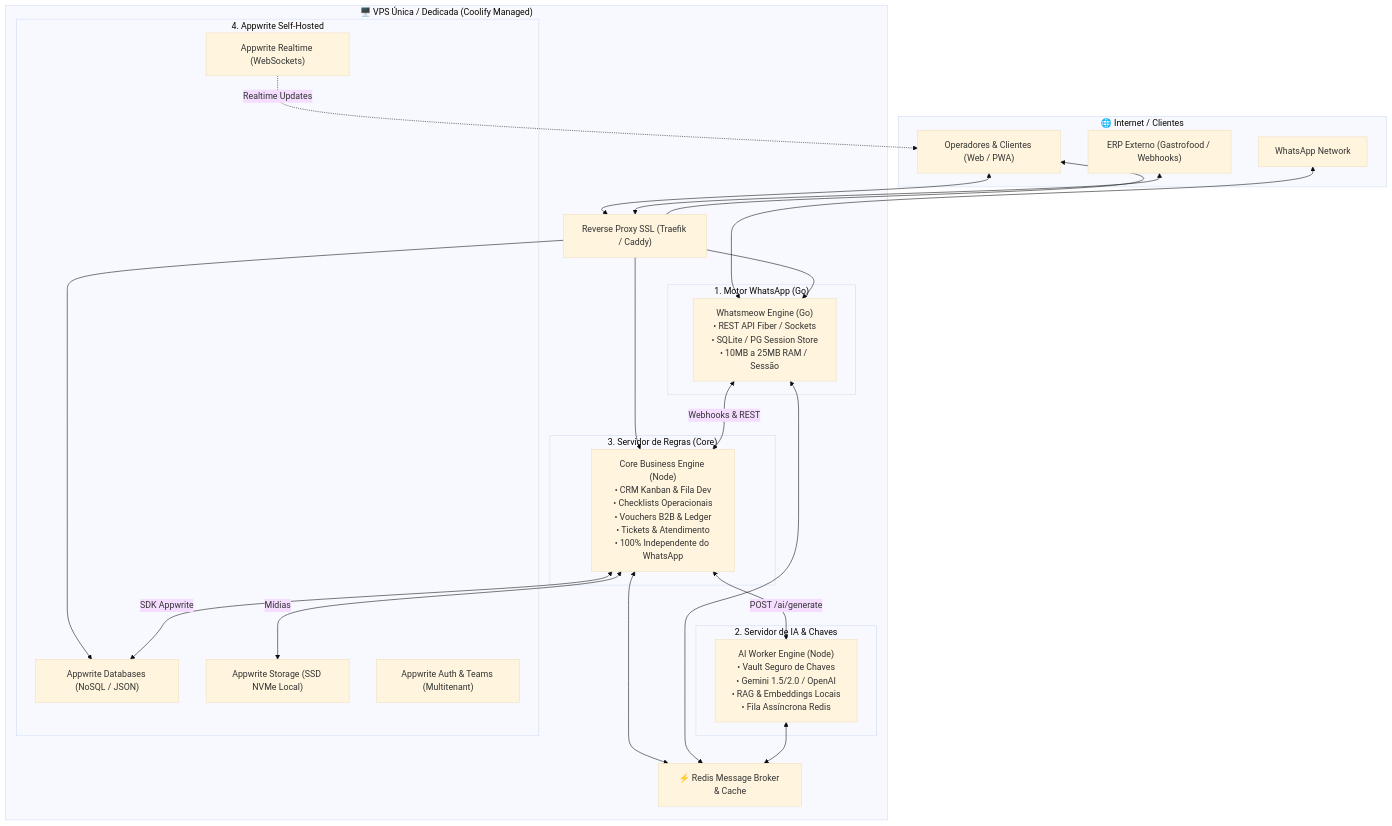
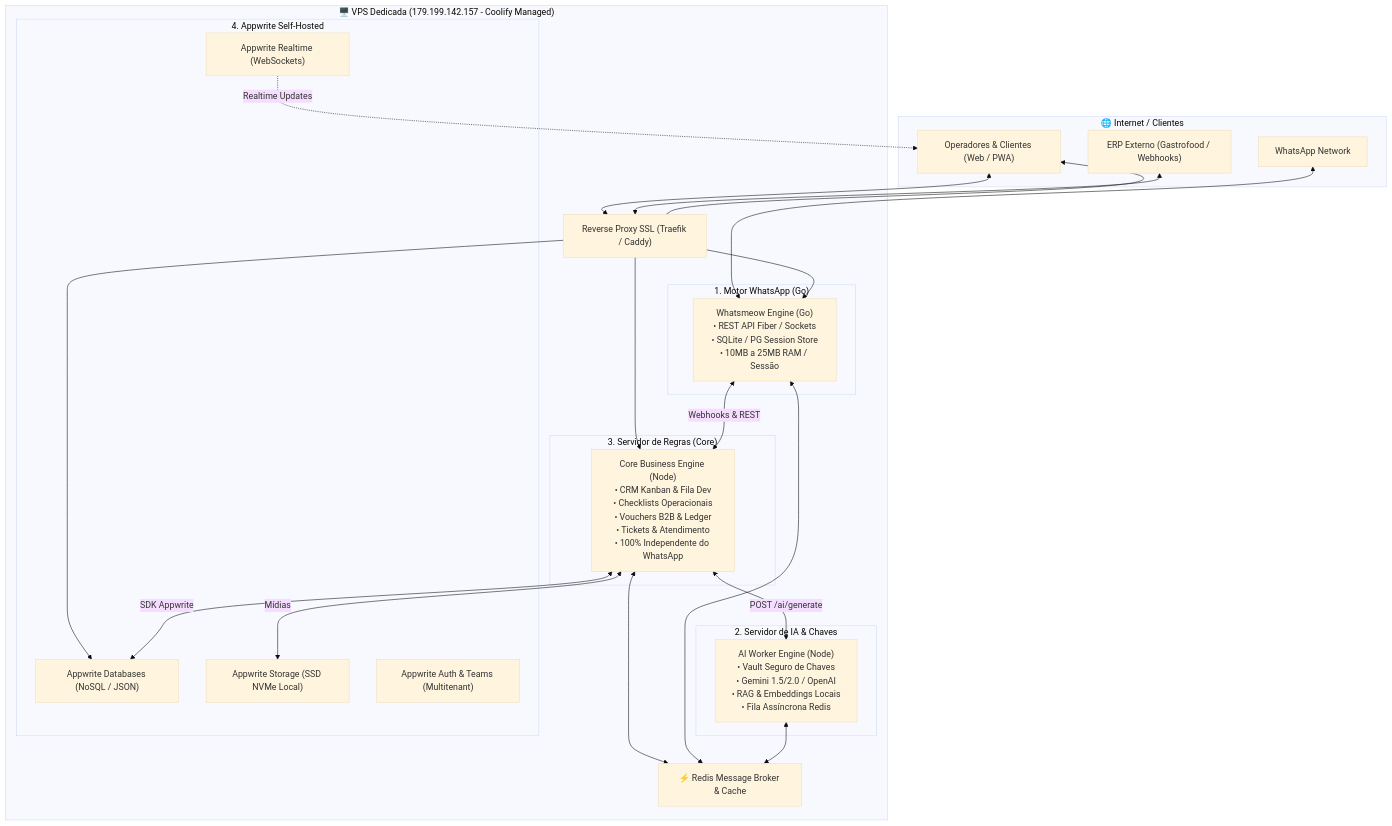
Before and after one commit to RonaldoXpointSolucoes/server-chatbot: the diagram in docs/ARQUITETURA_NEXT_GEN_V8.md, drawn with Mermaid (base theme). The commit also changed other lines of this file and 1 other file, not shown here.

Commit message:
docs: registrar telemetria homologada da VPS e roadmap de execucao da arquitetura Next-Gen v8.0

````diff
--- a/docs/ARQUITETURA_NEXT_GEN_V8.md
+++ b/docs/ARQUITETURA_NEXT_GEN_V8.md
@@ -9,50 +38,50 @@
 ```mermaid
 flowchart TD
     subgraph Internet ["🌐 Internet / Clientes"]
         WA["WhatsApp Network"]
         USER["Operadores & Clientes (Web / PWA)"]
         ERP["ERP Externo (Gastrofood / Webhooks)"]
     end
 
-    subgraph VPS ["🖥️ VPS Única / Dedicada (Coolify Managed)"]
+    subgraph VPS ["🖥️ VPS Dedicada (179.199.142.157 - Coolify Managed)"]
         PROXY["Reverse Proxy SSL (Traefik / Caddy)"]
 
         subgraph S1 ["1. Motor WhatsApp (Go)"]
             WM["Whatsmeow Engine (Go)\n• REST API Fiber / Sockets\n• SQLite / PG Session Store\n• 10MB a 25MB RAM / Sessão"]
         end
 
         subgraph S2 ["2. Servidor de IA & Chaves"]
             AI["AI Worker Engine (Node)\n• Vault Seguro de Chaves\n• Gemini 1.5/2.0 / OpenAI\n• RAG & Embeddings Locais\n• Fila Assíncrona Redis"]
         end
 
         subgraph S3 ["3. Servidor de Regras (Core)"]
             CORE["Core Business Engine (Node)\n• CRM Kanban & Fila Dev\n• Checklists Operacionais\n• Vouchers B2B & Ledger\n• Tickets & Atendimento\n• 100% Independente do WhatsApp"]
         end
 
         subgraph S4 ["4. Appwrite Self-Hosted"]
             AW_DB["Appwrite Databases (NoSQL / JSON)"]
             AW_RT["Appwrite Realtime (WebSockets)"]
             AW_ST["Appwrite Storage (SSD NVMe Local)"]
             AW_AUTH["Appwrite Auth & Teams (Multitenant)"]
         end
 
         REDIS["⚡ Redis Message Broker & Cache"]
     end
 
     WA <--> WM
     USER <--> PROXY
     ERP <--> PROXY
     PROXY --> WM
     PROXY --> CORE
     PROXY --> AW_DB
     PROXY --> USER
 
     WM <-->|Webhooks & REST| CORE
     CORE <-->|POST /ai/generate| AI
     CORE <-->|SDK Appwrite| AW_DB
     CORE <-->|Mídias| AW_ST
     CORE <--> REDIS
     WM <--> REDIS
     AI <--> REDIS
     AW_RT -.->|Realtime Updates| USER
 ```
````
